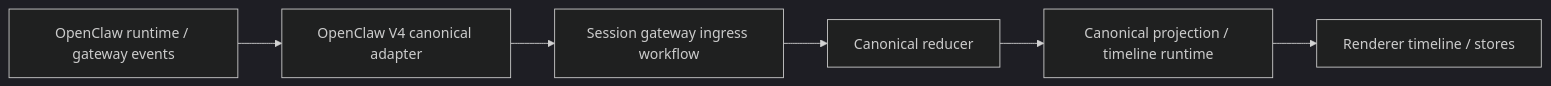
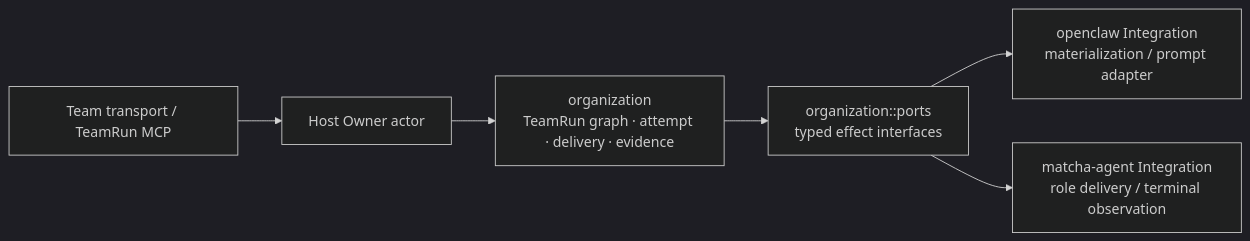
The sixth of 6 diagrams in docs/architecture/layered-architecture.md (hellowKeyzj/Matcha-claw), drawn with Mermaid (dark theme) before and after one commit. The commit also changed other lines of this file and 2403 other files, not shown here.

Commit message:
refactor runtime host

````diff
--- a/docs/architecture/layered-architecture.md
+++ b/docs/architecture/layered-architecture.md
@@ -511,11 +372,13 @@
 ```mermaid
 flowchart LR
-  External["OpenClaw runtime / gateway events"]
-  Adapter["OpenClaw V4 canonical adapter"]
-  Ingress["Session gateway ingress workflow"]
-  Reducer["Canonical reducer"]
-  Projection["Canonical projection / timeline runtime"]
-  UI["Renderer timeline / stores"]
+  Delivery["Team transport / TeamRun MCP"]
+  Owner["Host Owner actor"]
+  Organization["organization\nTeamRun graph · attempt · delivery · evidence"]
+  Ports["organization::ports\ntyped effect interfaces"]
+  OpenClaw["openclaw Integration\nmaterialization / prompt adapter"]
+  Matcha["matcha-agent Integration\nrole delivery / terminal observation"]
 
-  External --> Adapter --> Ingress --> Reducer --> Projection --> UI
+  Delivery --> Owner --> Organization --> Ports
+  Ports --> OpenClaw
+  Ports --> Matcha
 ```
````
